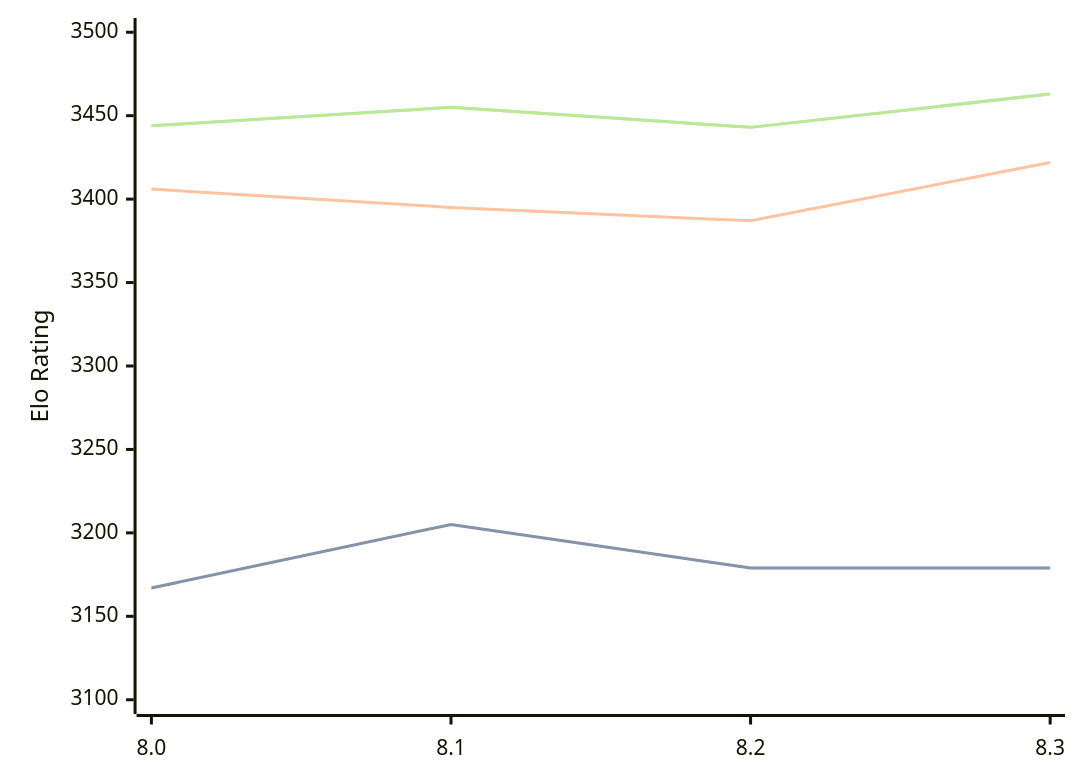
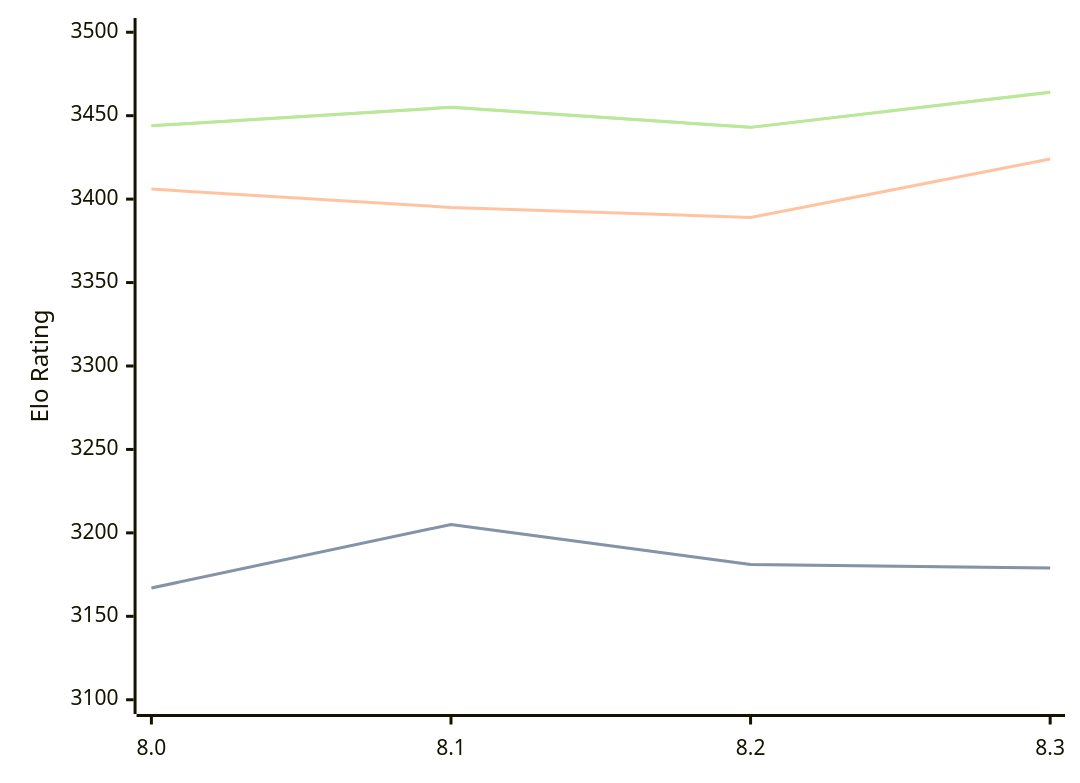
The diagram in engines/Alexander.md (computer-chess-index/cci), drawn with Mermaid before and after one commit. The commit also changed other lines of this file, not shown here.

Commit message:
Update CCI Ratings (ELO VLTC) - 2026-04-12

````diff
--- a/engines/Alexander.md
+++ b/engines/Alexander.md
@@ -48,11 +48,11 @@
 ```mermaid
 %%{init: {"theme":"base","themeVariables":{"seriesColors:['#a3a3a3','#222221','#faa371']}}}%%
 xychart-beta
   x-axis ["8.0", "8.1", "8.2", "8.3"]
   y-axis "Elo Rating" 3100 --> 3500
-  line "STC (8.0+0.08s)" [3167, 3205, 3179, 3179]
-  line "STC (8.0+0.08s)" [3167, 3205, 3179, 3179]
-  line "LTC (60.0+0.60s)" [3406, 3395, 3387, 3422]
-  line "VLTC (2m24s+1.12s)" [3444, 3455, 3443, 3463]
-  line "VLTC (2m24s+1.12s)" [3444, 3455, 3443, 3463]
+  line "STC (8.0+0.08s)" [3167, 3205, 3181, 3179]
+  line "STC (8.0+0.08s)" [3167, 3205, 3181, 3179]
+  line "LTC (60.0+0.60s)" [3406, 3395, 3389, 3424]
+  line "VLTC (2m24s+1.12s)" [3444, 3455, 3443, 3464]
+  line "VLTC (2m24s+1.12s)" [3444, 3455, 3443, 3464]
 ```
````
